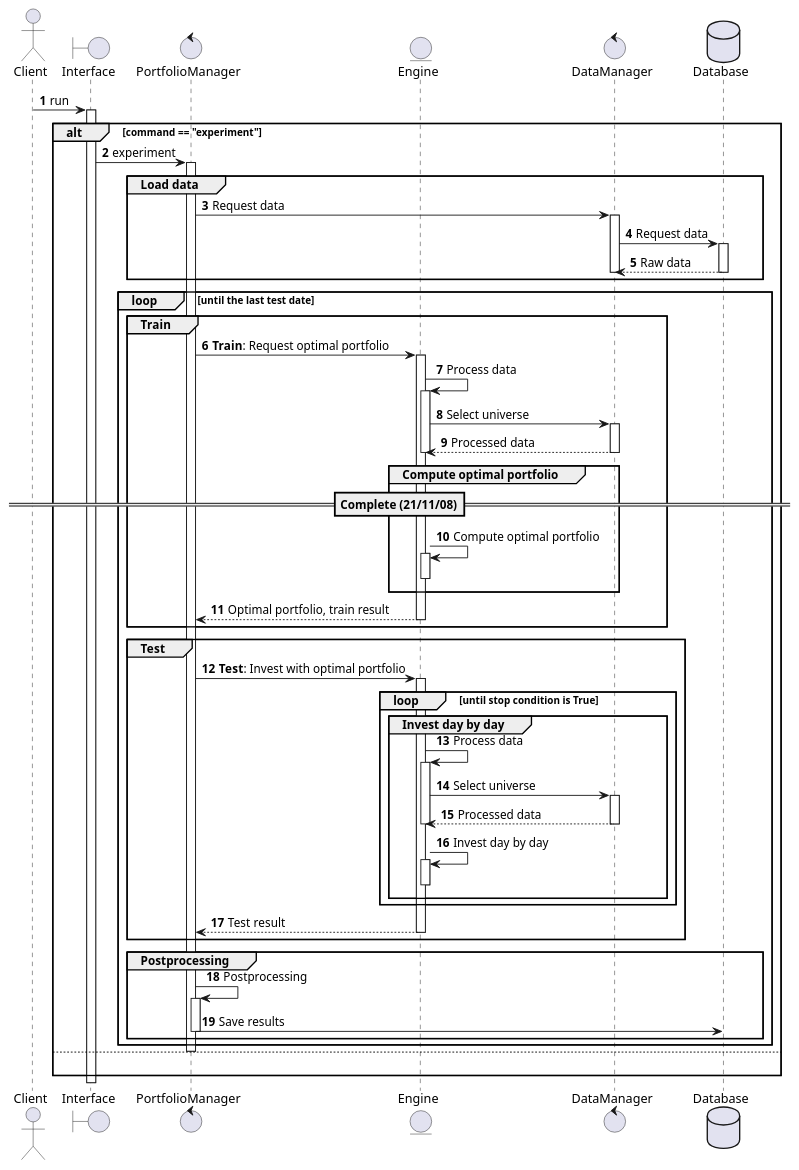
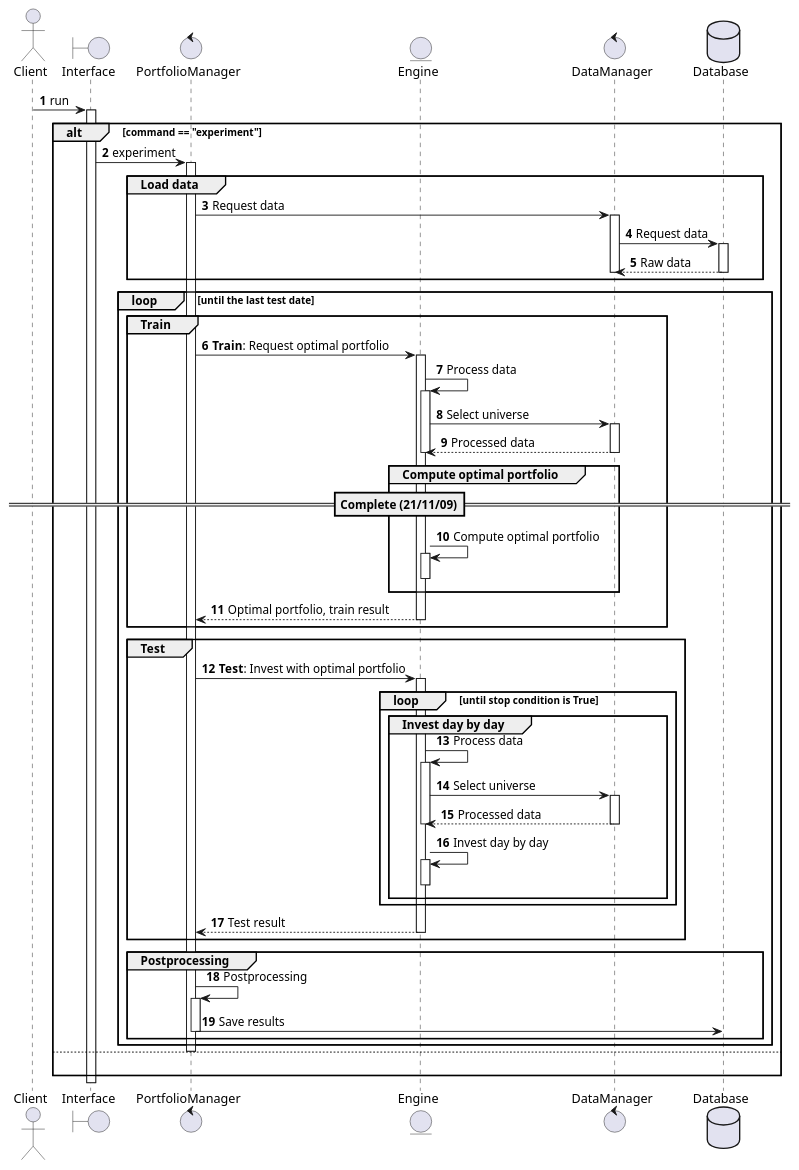
The diagram in algorithm/full_process.puml (alchemine/enhanced-index-tracking), drawn with PlantUML before and after one commit. The commit also changed 5 other files, not shown here.

```diff
--- a/algorithm/full_process.puml
+++ b/algorithm/full_process.puml
@@ -1,64 +1,64 @@
 @startuml
 autonumber
 
 actor Client as C
 boundary Interface as I
 control PortfolioManager as PM
 entity Engine as E
 control DataManager as DM
 database Database as DB
 
 
 C -> I ++: run
     alt command == "experiment"
         I -> PM ++: experiment
             group Load data
                 PM -> DM ++: Request data
                     DM -> DB ++: Request data
                         return Raw data
                     deactivate
             end
 
             loop until the last test date
                 group Train
                     PM -> E ++: **Train**: Request optimal portfolio
                         E -> E ++: Process data
                             E -> DM ++: Select universe
                                 return Processed data
                         deactivate E
 
                         group Compute optimal portfolio
-                                ==Complete (21/11/08)==
+                                ==Complete (21/11/09)==
                             E -> E ++: Compute optimal portfolio
                             deactivate
                         end
                         return Optimal portfolio, train result
                 end
 
                 group Test
                     PM -> E ++: **Test**: Invest with optimal portfolio
                         loop until stop condition is True
                             group Invest day by day
                                 E -> E ++: Process data
                                     E -> DM ++: Select universe
                                         return Processed data
                                 deactivate E
 
                                 E -> E ++: Invest day by day
                                 deactivate
                             end
                         end
                         return Test result
                 end
 
                 group Postprocessing
                     PM -> PM ++: Postprocessing
                         PM -> DB: Save results
                     deactivate
                 end
             end
         deactivate
     else
         |||
     end
 @enduml
```
